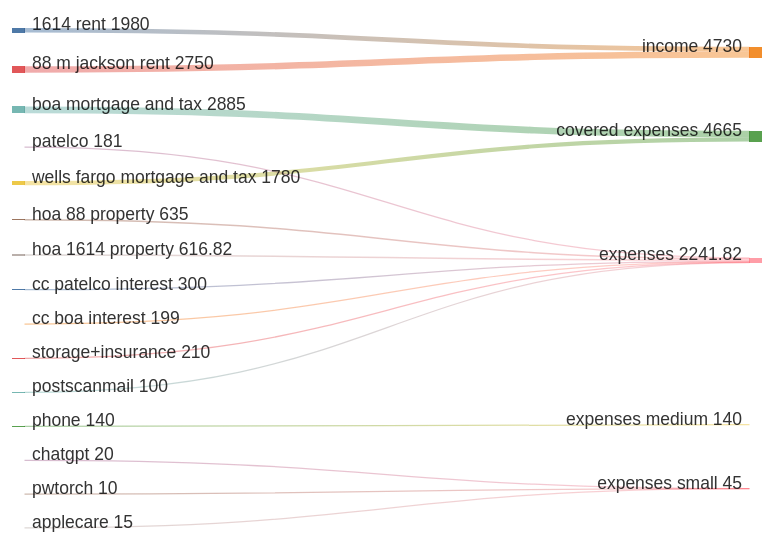
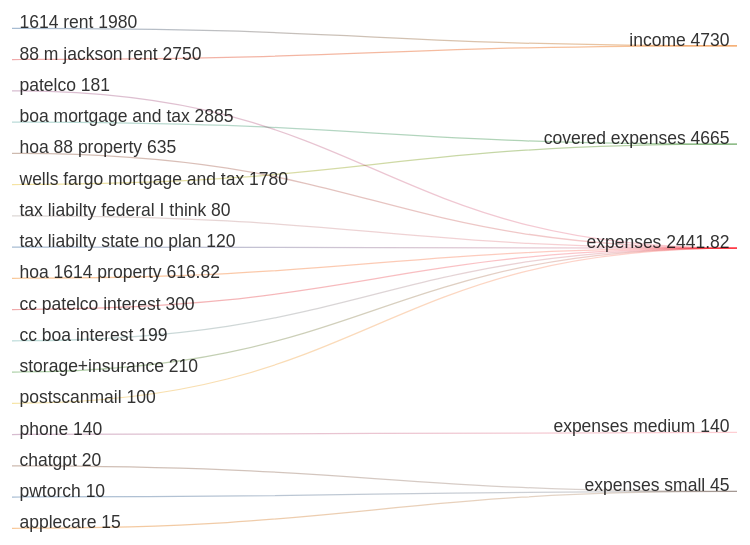
The first of 12 diagrams in README.md (sarnobat/mermaid), drawn with Mermaid before and after one commit.

Commit message:
Add tax liability entries to expenses list

````diff
--- a/README.md
+++ b/README.md
@@ -5,23 +5,25 @@
 ```mermaid
 ---
 config:
   sankey:
     showValues: true
 ---
 sankey-beta
 1614 rent,income,1980
 88 m jackson rent,income,2750
 boa mortgage and tax,covered expenses,2885
 wells fargo mortgage and tax,covered expenses,1780
 patelco,expenses,181
 hoa 88 property,expenses,635
+tax liabilty federal I think,expenses,80
+tax liabilty state no plan,expenses,120
 hoa 1614 property,expenses,616.82
 cc patelco interest,expenses,300
 cc boa interest,expenses,199
 storage+insurance,expenses,210
 postscanmail,expenses,100
 phone,expenses medium,140
 chatgpt,expenses small,20
 pwtorch,expenses small,10
 applecare,expenses small,15
 ```
````
